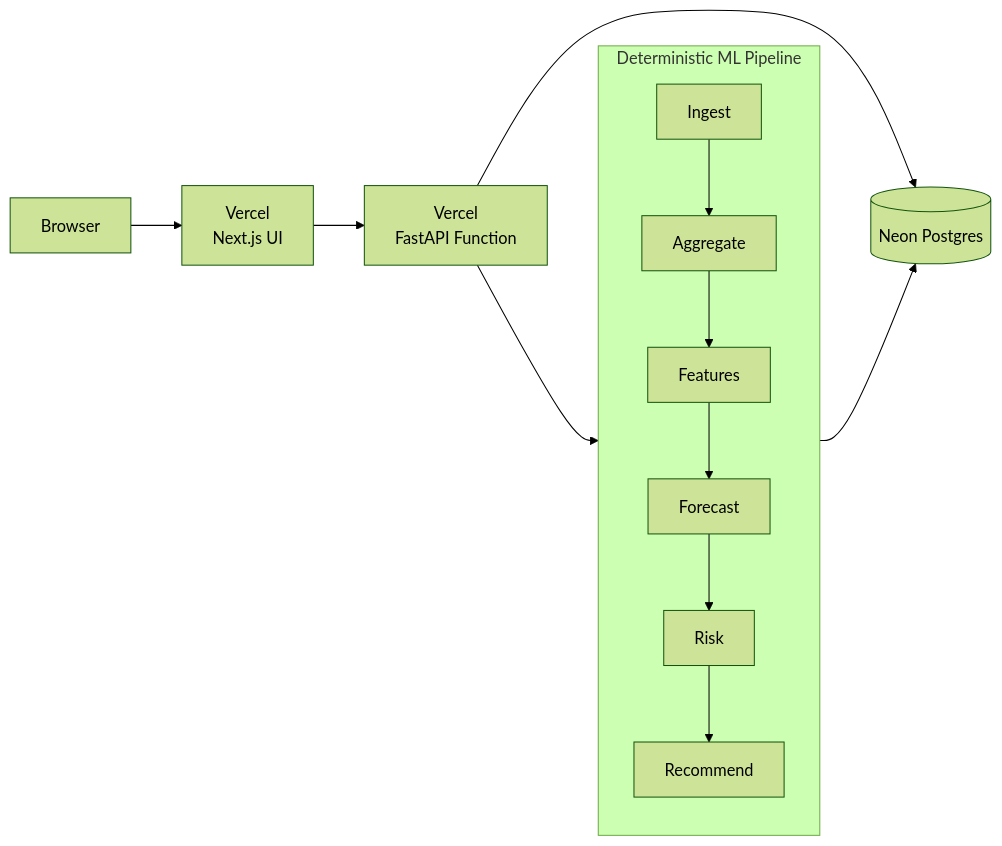
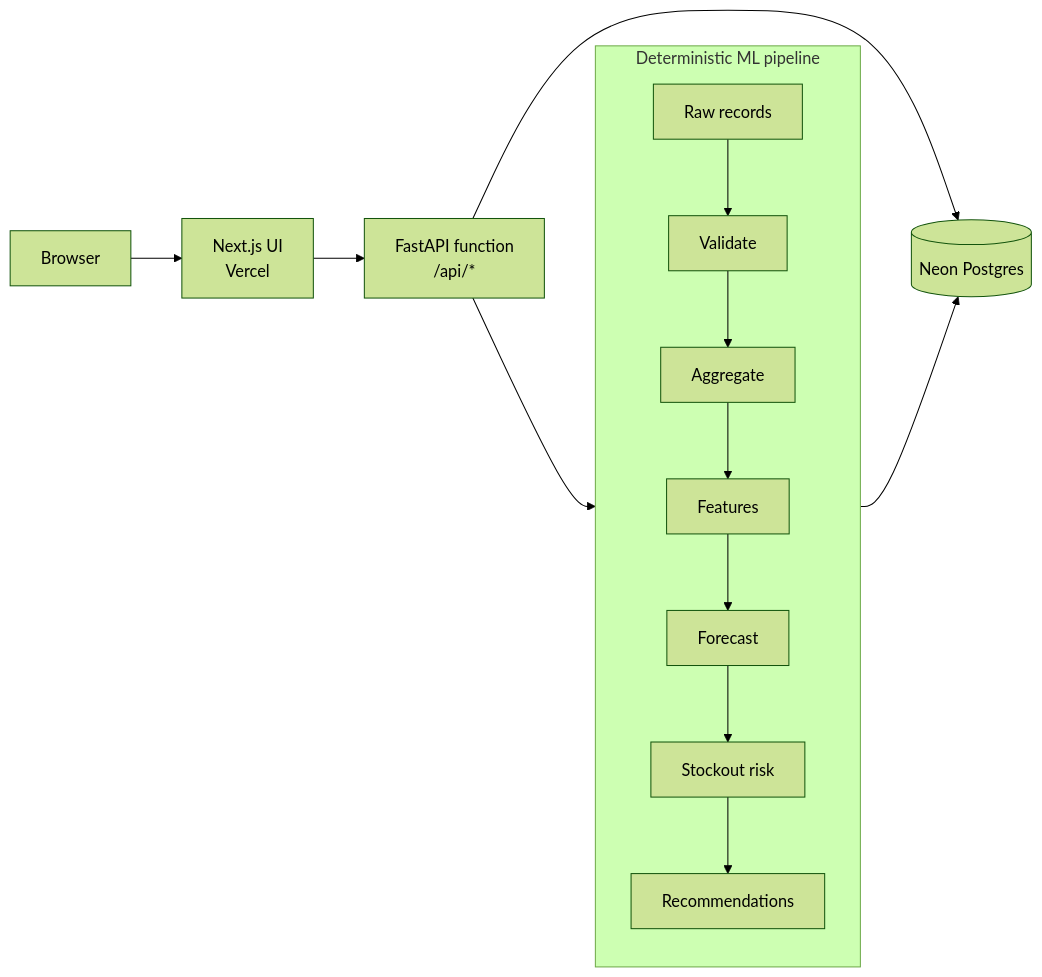
One commit to RaulMermans/demand-OS changed the diagram in README.md. Above: the diagram before and after it, drawn with Mermaid (forest theme). The commit also changed other lines of this file and 43 other files, not shown here.

````diff
--- a/README.md
+++ b/README.md
@@ -29,17 +56,18 @@
 ```mermaid
 flowchart LR
-  User[Browser] --> Web[Vercel\nNext.js UI]
-  Web --> API[Vercel\nFastAPI Function]
-  API --> DB[(Neon Postgres)]
-  API --> Pipeline[Deterministic Pipeline]
+  Browser["Browser"] --> Web["Next.js UI<br/>Vercel"]
+  Web --> API["FastAPI function<br/>/api/*"]
+  API --> DB[("Neon Postgres")]
+
+  subgraph Pipeline["Deterministic ML pipeline"]
+    Raw["Raw records"] --> Validate["Validate"]
+    Validate --> Aggregate["Aggregate"]
+    Aggregate --> Features["Features"]
+    Features --> Forecast["Forecast"]
+    Forecast --> Risk["Stockout risk"]
+    Risk --> Recommend["Recommendations"]
+  end
+
+  API --> Pipeline
   Pipeline --> DB
-
-  subgraph Pipeline [Deterministic ML Pipeline]
-    direction TB
-    A[Ingest] --> B[Aggregate]
-    B --> C[Features]
-    C --> D[Forecast]
-    D --> E[Risk]
-    E --> F[Recommend]
-  end
 ```
````
